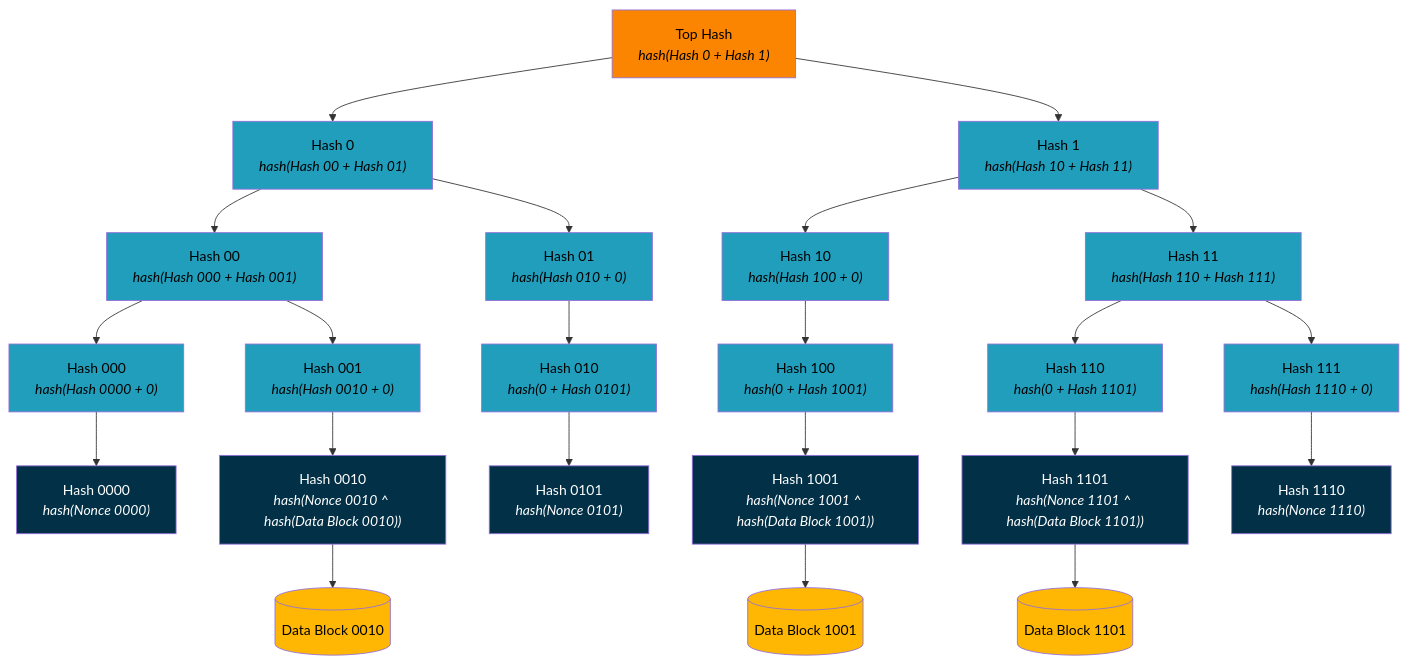
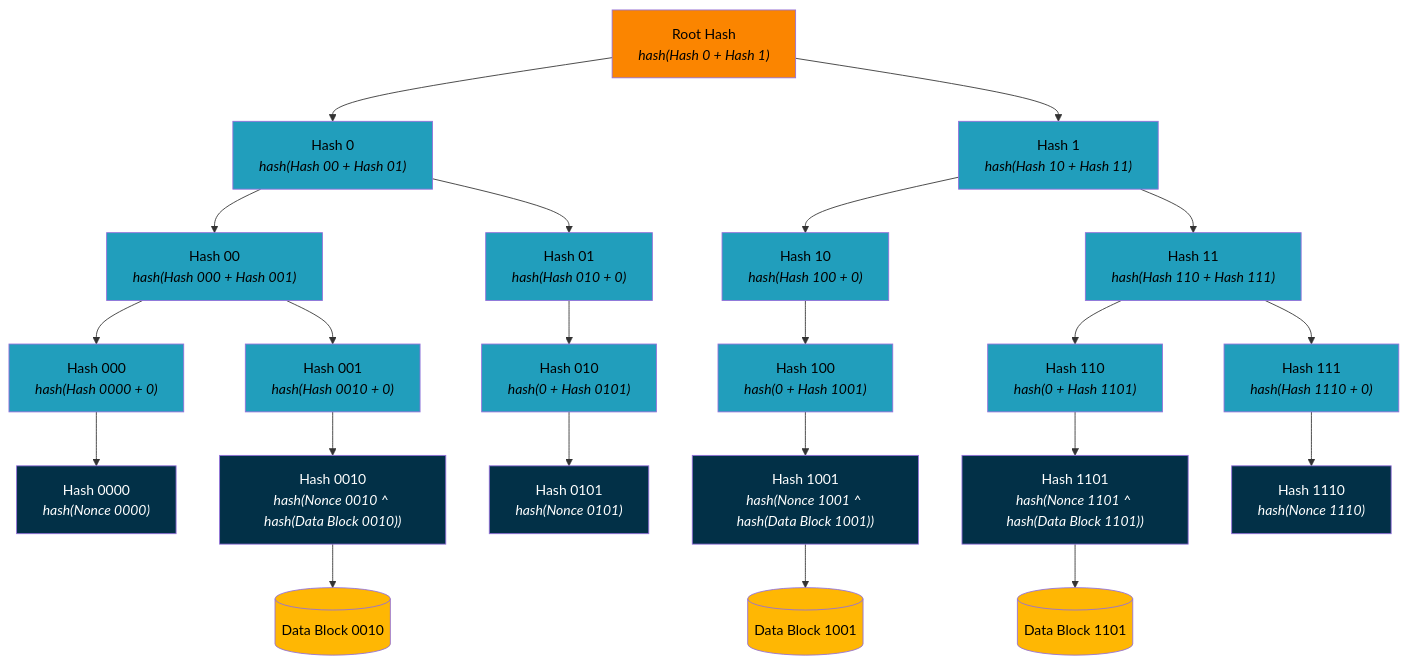
One commit to dcdpr/did-btc1 changed the third of 4 diagrams in chapters/Appendix-SMT.md. Above: the diagram before and after it, drawn with Mermaid. The commit also changed other lines of this file, not shown here.

Commit message:
Replaced top hash with root hash and intermediate hash with node hash.

````diff
--- a/chapters/Appendix-SMT.md
+++ b/chapters/Appendix-SMT.md
@@ -256,63 +256,63 @@
 ```mermaid
 flowchart TD
-    classDef topHash color:#000000,fill:#fb8500
-    classDef intermediateHash color:#000000,fill:#219ebc
+    classDef rootHash color:#000000,fill:#fb8500
+    classDef nodeHash color:#000000,fill:#219ebc
     classDef leafHash color:#ffffff,fill:#023047
     classDef dataBlock color:#000000,fill:#ffb703
 
-    TopHash["`Top Hash
-    *hash(Hash 0 + Hash 1)*`"]:::topHash
+    RootHash["`Root Hash
+    *hash(Hash 0 + Hash 1)*`"]:::rootHash
 
-    TopHash --> Hash0["`Hash 0
-    *hash(Hash 00 + Hash 01)*`"]:::intermediateHash
-    TopHash --> Hash1["`Hash 1
-    *hash(Hash 10 + Hash 11)*`"]:::intermediateHash
+    RootHash --> Hash0["`Hash 0
+    *hash(Hash 00 + Hash 01)*`"]:::nodeHash
+    RootHash --> Hash1["`Hash 1
+    *hash(Hash 10 + Hash 11)*`"]:::nodeHash
 
     Hash0 --> Hash00["`Hash 00
-    *hash(Hash 000 + Hash 001)*`"]:::intermediateHash
+    *hash(Hash 000 + Hash 001)*`"]:::nodeHash
     Hash0 --> Hash01["`Hash 01
-    *hash(Hash 010 + 0)*`"]:::intermediateHash
+    *hash(Hash 010 + 0)*`"]:::nodeHash
 
     Hash1 --> Hash10["`Hash 10
-    *hash(Hash 100 + 0)*`"]:::intermediateHash
+    *hash(Hash 100 + 0)*`"]:::nodeHash
     Hash1 --> Hash11["`Hash 11
-    *hash(Hash 110 + Hash 111)*`"]:::intermediateHash
+    *hash(Hash 110 + Hash 111)*`"]:::nodeHash
 
     Hash00 --> Hash000["`Hash 000
-    *hash(Hash 0000 + 0)*`"]:::intermediateHash
+    *hash(Hash 0000 + 0)*`"]:::nodeHash
     Hash00 --> Hash001["`Hash 001
-    *hash(Hash 0010 + 0)*`"]:::intermediateHash
+    *hash(Hash 0010 + 0)*`"]:::nodeHash
 
     Hash01 --> Hash010["`Hash 010
-    *hash(0 + Hash 0101)*`"]:::intermediateHash
+    *hash(0 + Hash 0101)*`"]:::nodeHash
 
     Hash10 --> Hash100["`Hash 100
-    *hash(0 + Hash 1001)*`"]:::intermediateHash
+    *hash(0 + Hash 1001)*`"]:::nodeHash
 
     Hash11 --> Hash110["`Hash 110
-    *hash(0 + Hash 1101)*`"]:::intermediateHash
+    *hash(0 + Hash 1101)*`"]:::nodeHash
     Hash11 --> Hash111["`Hash 111
-    *hash(Hash 1110 + 0)*`"]:::intermediateHash
+    *hash(Hash 1110 + 0)*`"]:::nodeHash
 
     Hash000 --> Hash0000["`Hash 0000
     *hash(Nonce 0000)*`"]:::leafHash
 
     Hash001 --> Hash0010["`Hash 0010
     *hash(Nonce 0010 ^ hash(Data Block 0010))*`"]:::leafHash
 
     Hash010 --> Hash0101["`Hash 0101
     *hash(Nonce 0101)*`"]:::leafHash
 
     Hash100 --> Hash1001["`Hash 1001
     *hash(Nonce 1001 ^ hash(Data Block 1001))*`"]:::leafHash
 
     Hash110 --> Hash1101["`Hash 1101
     *hash(Nonce 1101 ^ hash(Data Block 1101))*`"]:::leafHash
 
     Hash111 --> Hash1110["`Hash 1110
     *hash(Nonce 1110)*`"]:::leafHash
 
     Hash0010 --> DataBlock0010[("Data Block 0010")]:::dataBlock
     Hash1001 --> DataBlock1001[("Data Block 1001")]:::dataBlock
     Hash1101 --> DataBlock1101[("Data Block 1101")]:::dataBlock
 ```
````
